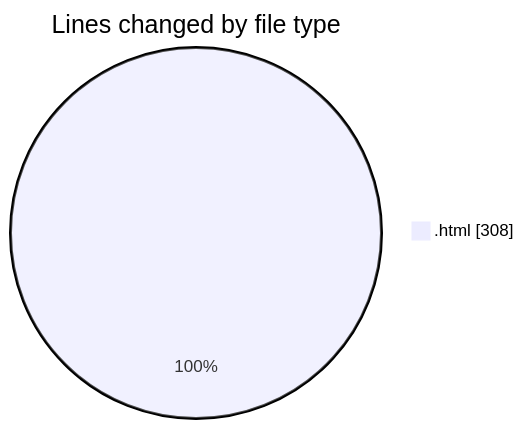
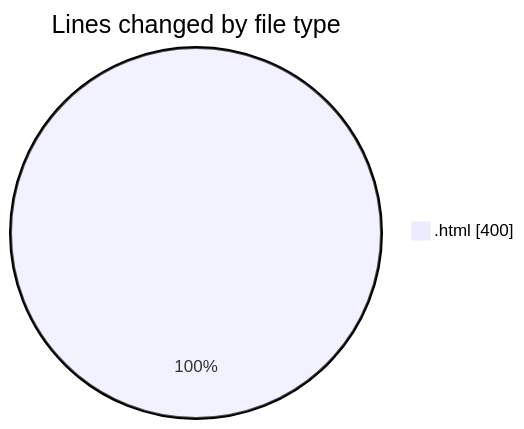
One commit to LanceThiago/code-tracking changed the first of 2 diagrams in 2025-01-08/nueva_carpeta/README.md. Above: the diagram before and after it, drawn with Mermaid. The commit also changed other lines of this file and 1 other file, not shown here.

````diff
--- a/2025-01-08/nueva_carpeta/README.md
+++ b/2025-01-08/nueva_carpeta/README.md
@@ -20,5 +20,5 @@
 ```mermaid
 pie showData
 title Lines changed by file type
-".html" : 308
+".html" : 400
 ```
````
